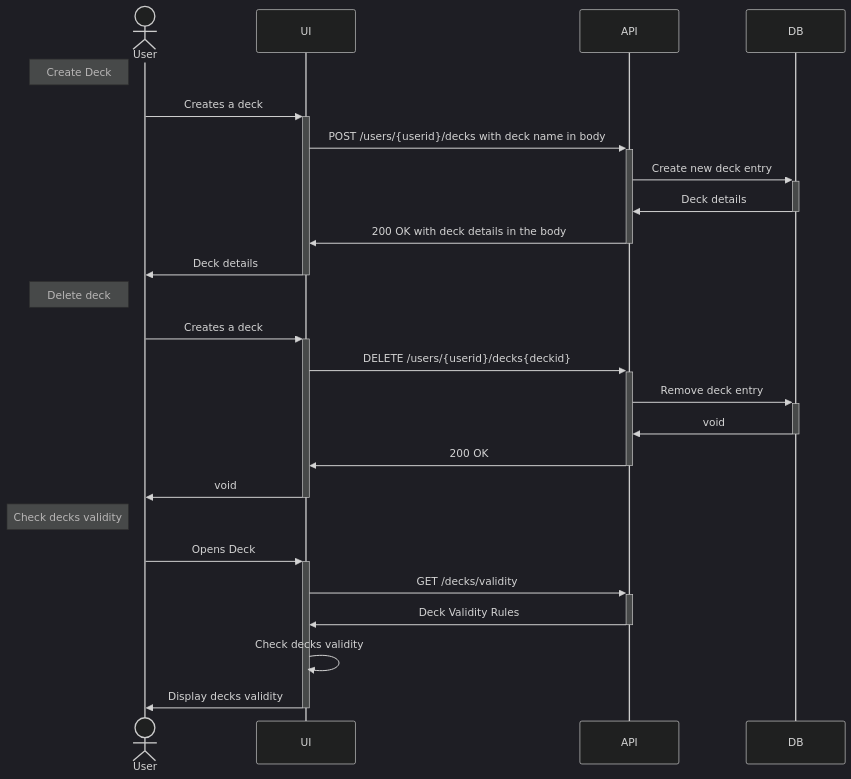
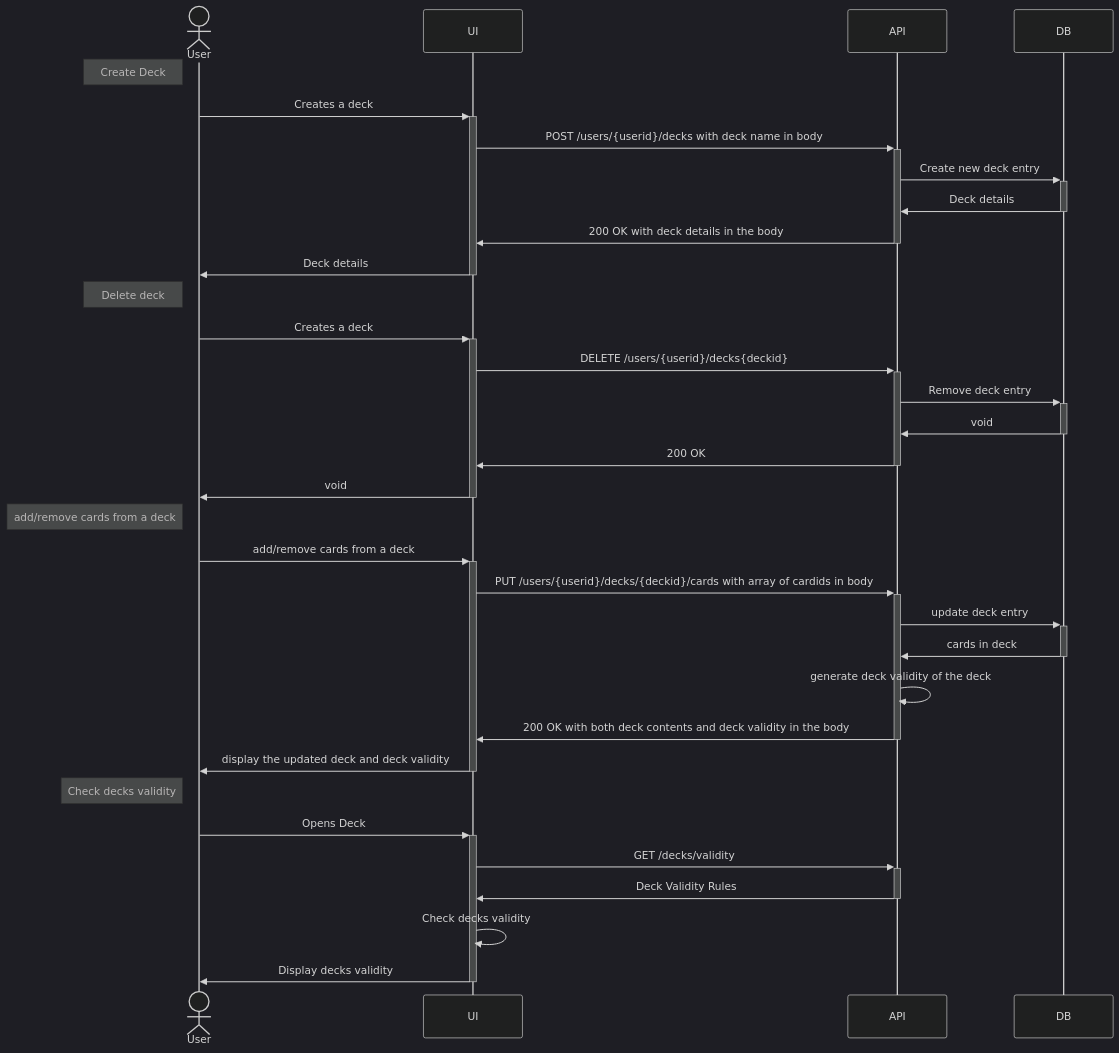
One commit to InternetEnemies/CombatCritters changed the diagram in Documents/SequenceDiagrams/Decks.md. Above: the diagram before and after it, drawn with Mermaid (dark theme).

Commit message:
add/remove cards

````diff
--- a/Documents/SequenceDiagrams/Decks.md
+++ b/Documents/SequenceDiagrams/Decks.md
@@ -2,30 +2,39 @@
 ```mermaid
 sequenceDiagram
 actor User
 participant UI
 participant API
 participant DB
 
 note left of User: Create Deck
     User->>+UI: Creates a deck
     UI->>+API: POST /users/{userid}/decks with deck name in body
     API->>+DB: Create new deck entry
     DB->>-API: Deck details
     API->>-UI: 200 OK with deck details in the body
     UI->>-User: Deck details
 
 note left of User: Delete deck
     User->>+UI: Creates a deck
     UI->>+API: DELETE /users/{userid}/decks{deckid}
     API->>+DB: Remove deck entry
     DB->>-API: void
     API->>-UI: 200 OK
     UI->>-User: void
+
+note left of User: add/remove cards from a deck
+    User->>+UI: add/remove cards from a deck
+    UI->>+API: PUT /users/{userid}/decks/{deckid}/cards with array of cardids in body
+    API->>+DB: update deck entry
+    DB->>-API: cards in deck
+    API->>API: generate deck validity of the deck
+    API->>-UI: 200 OK with both deck contents and deck validity in the body
+    UI->>-User: display the updated deck and deck validity
         
 note left of User: Check decks validity
     User->>+UI: Opens Deck
     UI->>+API: GET /decks/validity
     API->>-UI: Deck Validity Rules
     UI->>UI: Check decks validity
     UI->>-User: Display decks validity
 ```
````
